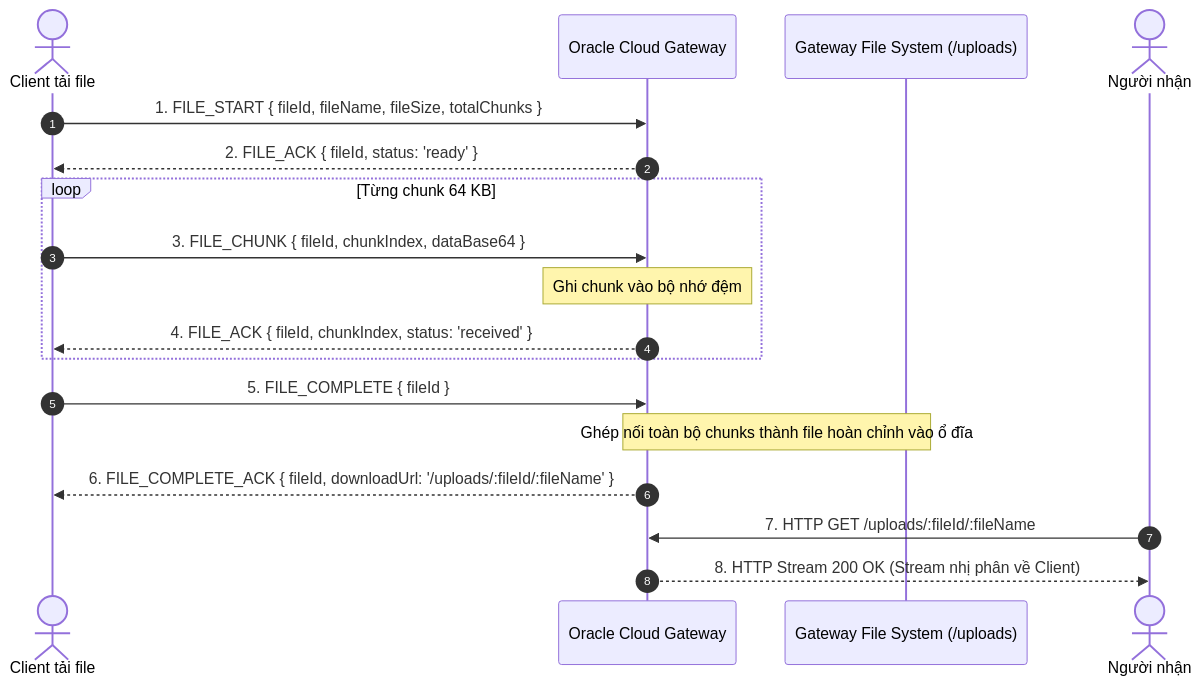
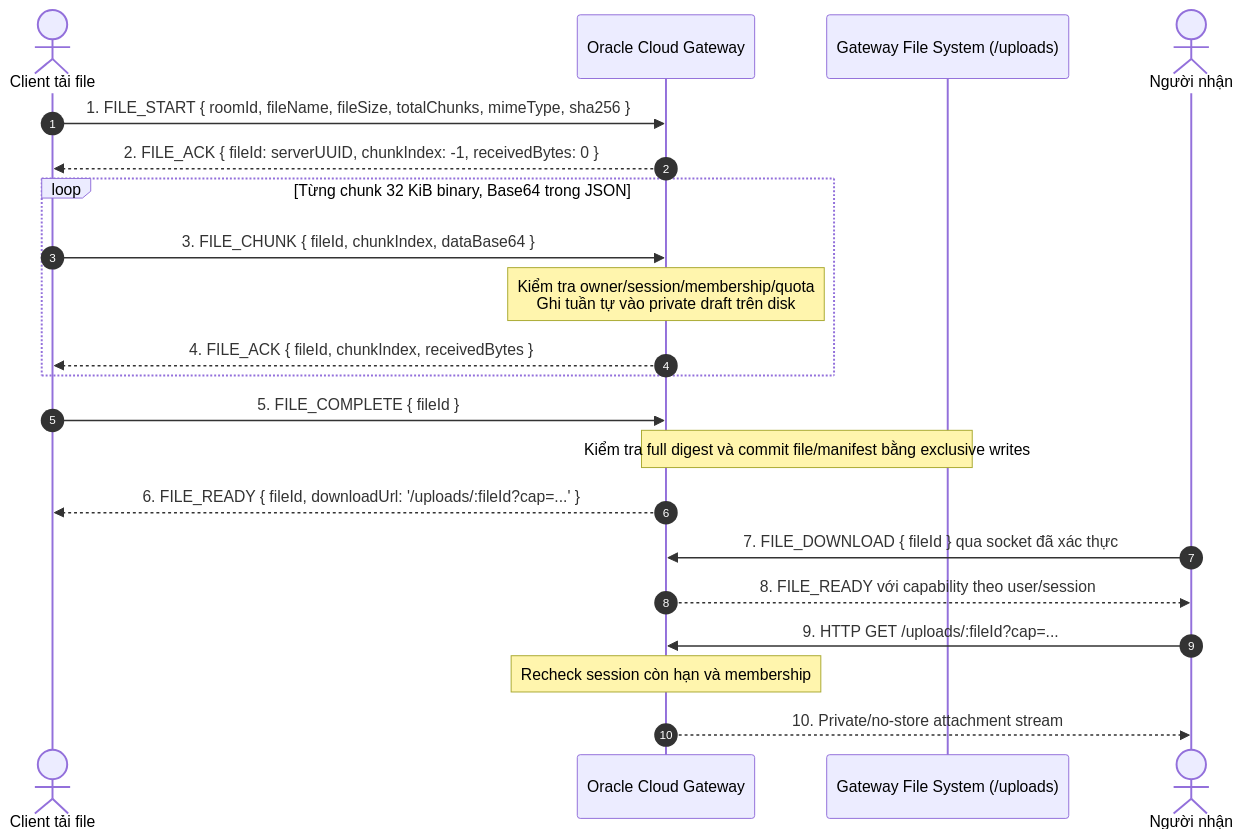
Before and after one commit to Asdb24/DoAnLapTrinhMang: the fourth of 4 diagrams in README.md, drawn with Mermaid. The commit also changed other lines of this file and 42 other files, not shown here.

````diff
--- a/README.md
+++ b/README.md
@@ -163,21 +166,24 @@
 ```mermaid
 sequenceDiagram
     autonumber
     actor Client as Client tải file
     participant GW as Oracle Cloud Gateway
     participant Disk as Gateway File System (/uploads)
     actor Receiver as Người nhận
 
-    Client->>GW: 1. FILE_START { fileId, fileName, fileSize, totalChunks }
-    GW-->>Client: 2. FILE_ACK { fileId, status: 'ready' }
-    loop Từng chunk 64 KB
+    Client->>GW: 1. FILE_START { roomId, fileName, fileSize, totalChunks, mimeType, sha256 }
+    GW-->>Client: 2. FILE_ACK { fileId: serverUUID, chunkIndex: -1, receivedBytes: 0 }
+    loop Từng chunk 32 KiB binary, Base64 trong JSON
         Client->>GW: 3. FILE_CHUNK { fileId, chunkIndex, dataBase64 }
-        Note over GW: Ghi chunk vào bộ nhớ đệm
-        GW-->>Client: 4. FILE_ACK { fileId, chunkIndex, status: 'received' }
+        Note over GW: Kiểm tra owner/session/membership/quota<br/>Ghi tuần tự vào private draft trên disk
+        GW-->>Client: 4. FILE_ACK { fileId, chunkIndex, receivedBytes }
     end
     Client->>GW: 5. FILE_COMPLETE { fileId }
-    Note over GW,Disk: Ghép nối toàn bộ chunks thành file hoàn chỉnh vào ổ đĩa
-    GW-->>Client: 6. FILE_COMPLETE_ACK { fileId, downloadUrl: '/uploads/:fileId/:fileName' }
-    Receiver->>GW: 7. HTTP GET /uploads/:fileId/:fileName
-    GW-->>Receiver: 8. HTTP Stream 200 OK (Stream nhị phân về Client)
+    Note over GW,Disk: Kiểm tra full digest và commit file/manifest bằng exclusive writes
+    GW-->>Client: 6. FILE_READY { fileId, downloadUrl: '/uploads/:fileId?cap=...' }
+    Receiver->>GW: 7. FILE_DOWNLOAD { fileId } qua socket đã xác thực
+    GW-->>Receiver: 8. FILE_READY với capability theo user/session
+    Receiver->>GW: 9. HTTP GET /uploads/:fileId?cap=...
+    Note over GW: Recheck session còn hạn và membership
+    GW-->>Receiver: 10. Private/no-store attachment stream
 ```
````
